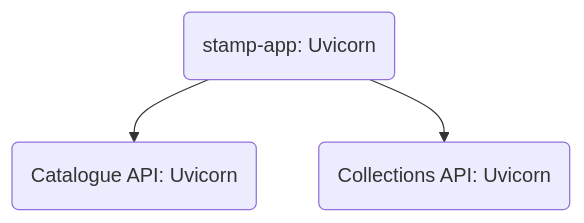
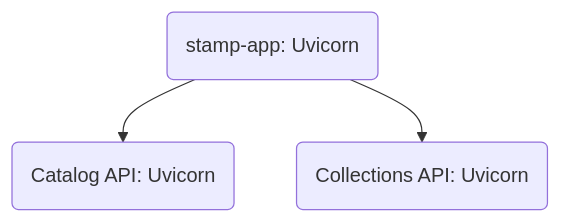
The diagram in README.md (pacoispaco/faststamps), drawn with Mermaid before and after one commit. The commit also changed other lines of this file and 10 other files, not shown here.

Commit message:
Change spelling of 'catalogue' to 'catalog' in all files

````diff
--- a/README.md
+++ b/README.md
@@ -62,5 +62,5 @@
 ```mermaid
 graph TD;
-    id1(stamp-app: Uvicorn)-->id2(Catalogue API: Uvicorn);
+    id1(stamp-app: Uvicorn)-->id2(Catalog API: Uvicorn);
     id1(stamp-app: Uvicorn)-->id3(Collections API: Uvicorn);
 ```
````
